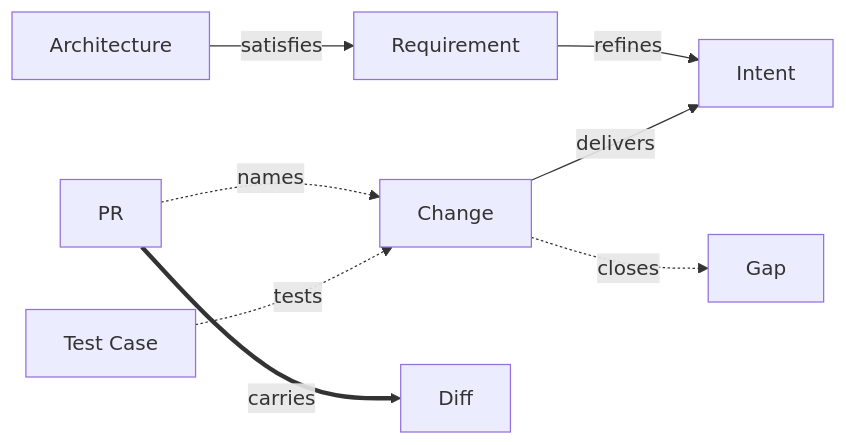
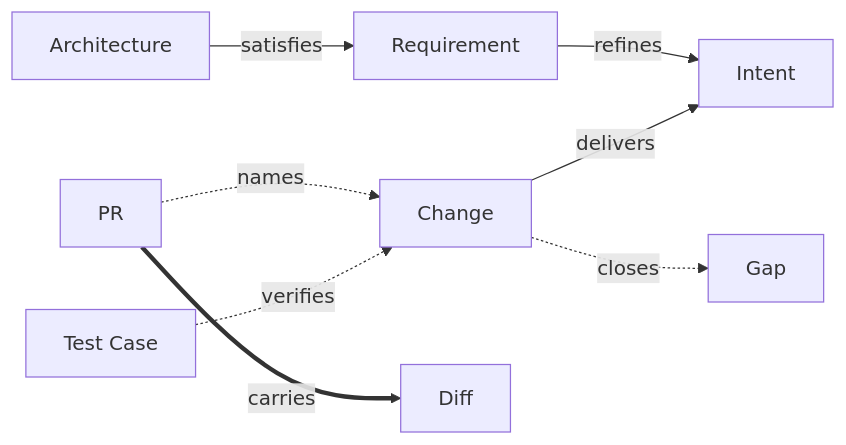
Before and after one commit to Kai-Hacks-AI/KAAL: the diagram in engineering/metamodel/views/plan.md, drawn with Mermaid. The commit also changed other lines of this file and 6 other files, not shown here.

First line of the commit message:
DO: Source fulfills Test Case and Test Case verifies every verifiable object (release/C71)

````diff
--- a/engineering/metamodel/views/plan.md
+++ b/engineering/metamodel/views/plan.md
@@ -12,10 +12,10 @@
 ```mermaid
 flowchart LR
   Change -->|delivers| Intent
   Requirement -->|refines| Intent
   Architecture -->|satisfies| Requirement
-  TestCase["Test Case"] -.->|tests| Change
+  TestCase["Test Case"] -.->|verifies| Change
   Change -.->|closes| Gap
   PR -.->|names| Change
   PR ==>|carries| Diff
 ```
````
